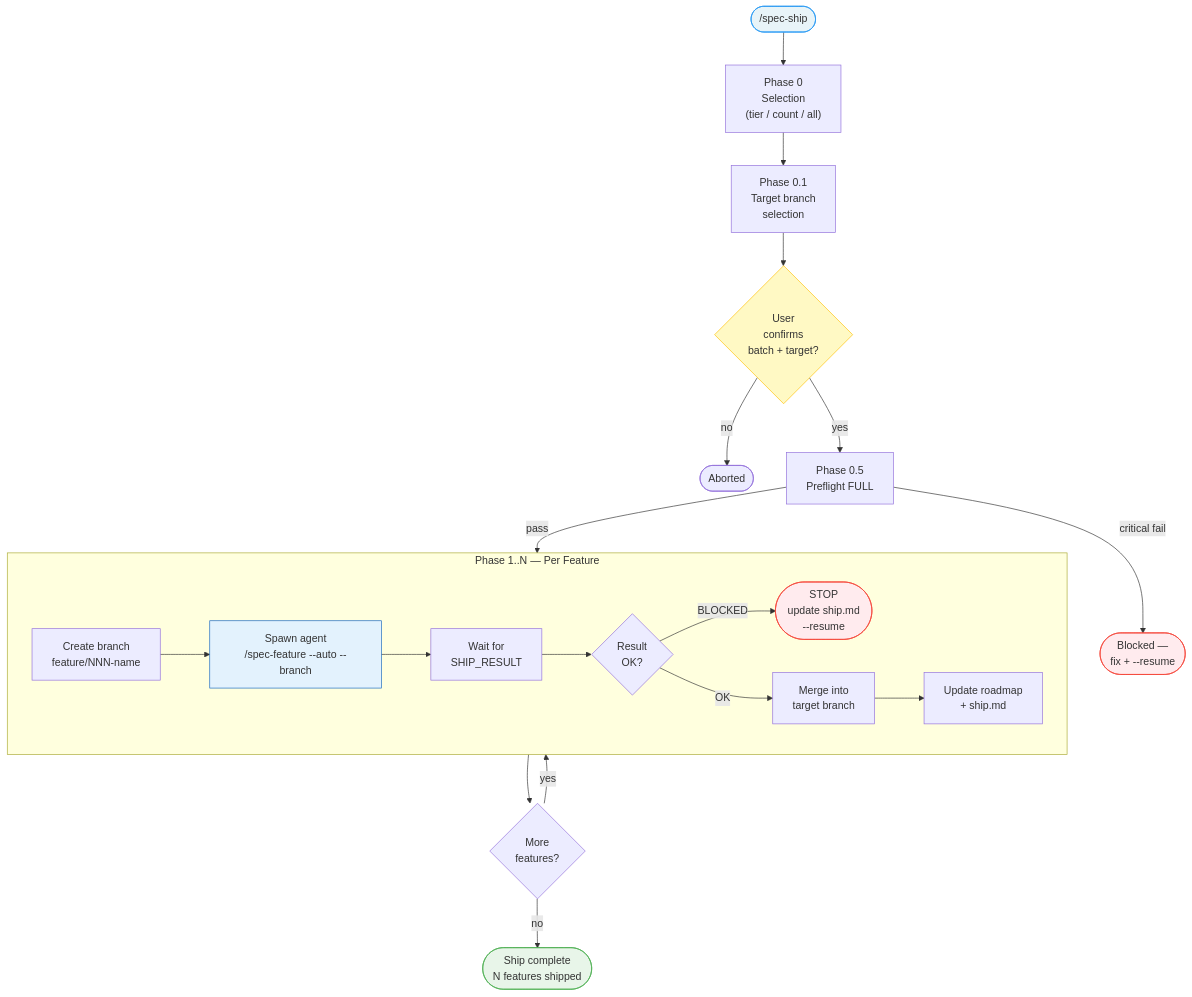
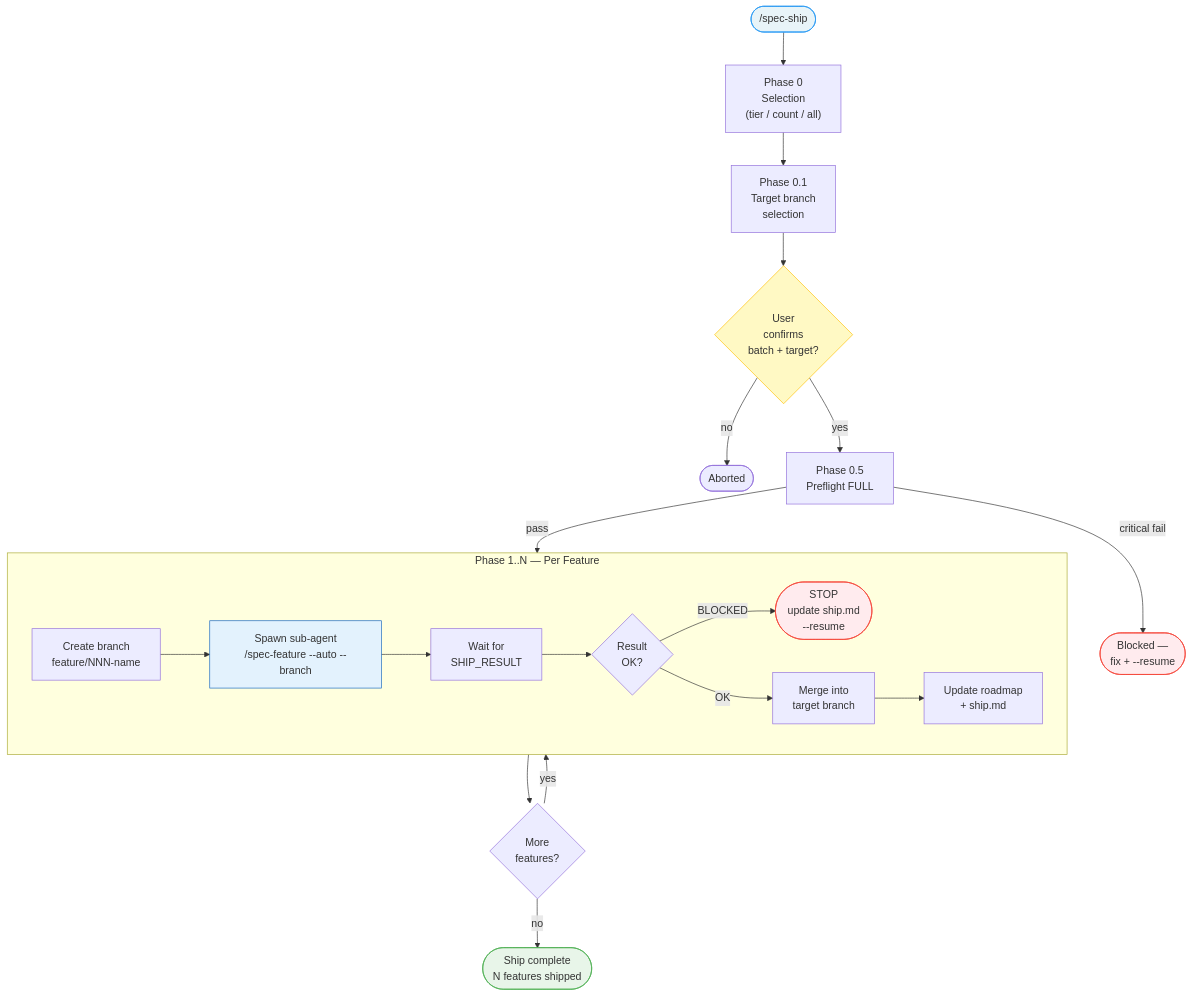
Before and after one commit to julien-m/livespec: the diagram in .agent-sync/skills/spec-ship/SKILL.md, drawn with Mermaid. The commit also changed other lines of this file and 9 other files, not shown here.

````diff
--- a/.agent-sync/skills/spec-ship/SKILL.md
+++ b/.agent-sync/skills/spec-ship/SKILL.md
@@ -49,33 +49,33 @@
 ```mermaid
 flowchart TD
     START(["/spec-ship"]) --> SELECT["Phase 0\nSelection\n(tier / count / all)"]
     SELECT --> TARGET["Phase 0.1\nTarget branch\nselection"]
     TARGET --> CONFIRM{"User\nconfirms\nbatch + target?"}
     CONFIRM -->|"no"| ABORT(["Aborted"])
     CONFIRM -->|"yes"| PREFLIGHT["Phase 0.5\nPreflight FULL"]
     PREFLIGHT -->|"critical fail"| BLOCKED(["Blocked —\nfix + --resume"])
     PREFLIGHT -->|"pass"| LOOP
 
     subgraph LOOP ["Phase 1..N — Per Feature"]
         BRANCH_CREATE["Create branch\nfeature/NNN-name"]
-        SPAWN["Spawn agent\n/spec-feature --auto --branch"]
+        SPAWN["Spawn sub-agent\n/spec-feature --auto --branch"]
         WAIT["Wait for\nSHIP_RESULT"]
         PARSE{"Result\nOK?"}
         MERGE["Merge into\ntarget branch"]
         UPDATE["Update roadmap\n+ ship.md"]
         BRANCH_CREATE --> SPAWN --> WAIT --> PARSE
         PARSE -->|"BLOCKED"| STOP(["STOP\nupdate ship.md\n--resume"])
         PARSE -->|"OK"| MERGE --> UPDATE
     end
 
     LOOP --> NEXT{"More\nfeatures?"}
     NEXT -->|"yes"| LOOP
     NEXT -->|"no"| DONE(["Ship complete\nN features shipped"])
 
     style START fill:#e8f4f8,stroke:#2196F3
     style CONFIRM fill:#fff9c4,stroke:#FFC107
     style SPAWN fill:#e3f2fd,stroke:#1565C0
     style BLOCKED fill:#ffebee,stroke:#F44336
     style STOP fill:#ffebee,stroke:#F44336
     style DONE fill:#e8f5e9,stroke:#4CAF50
 ```
````
